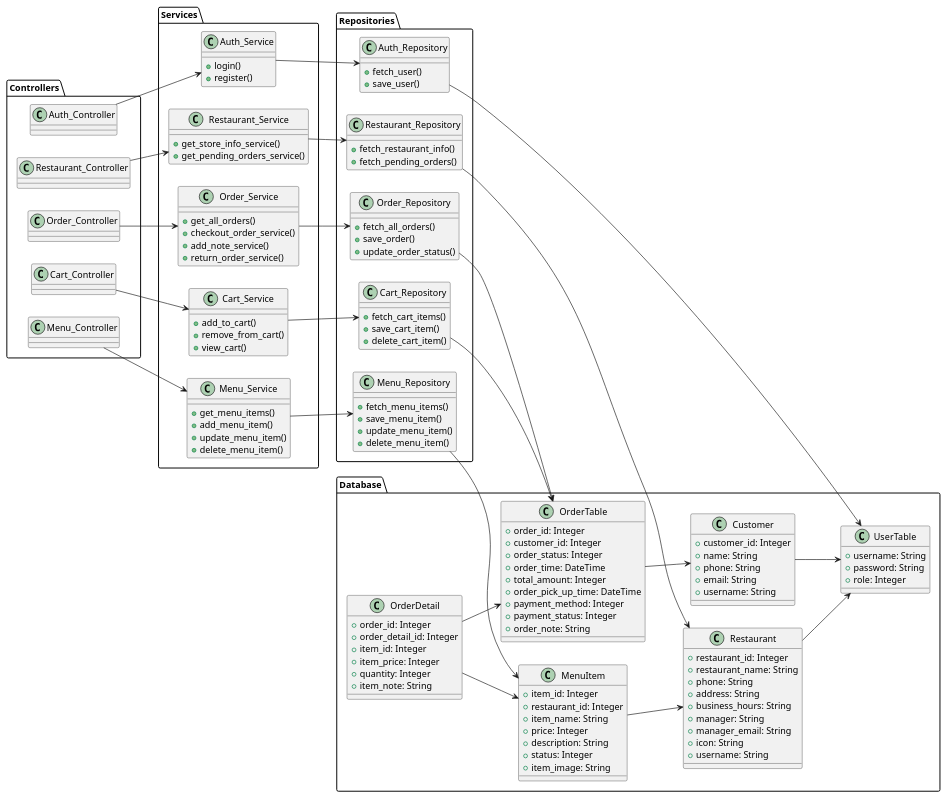
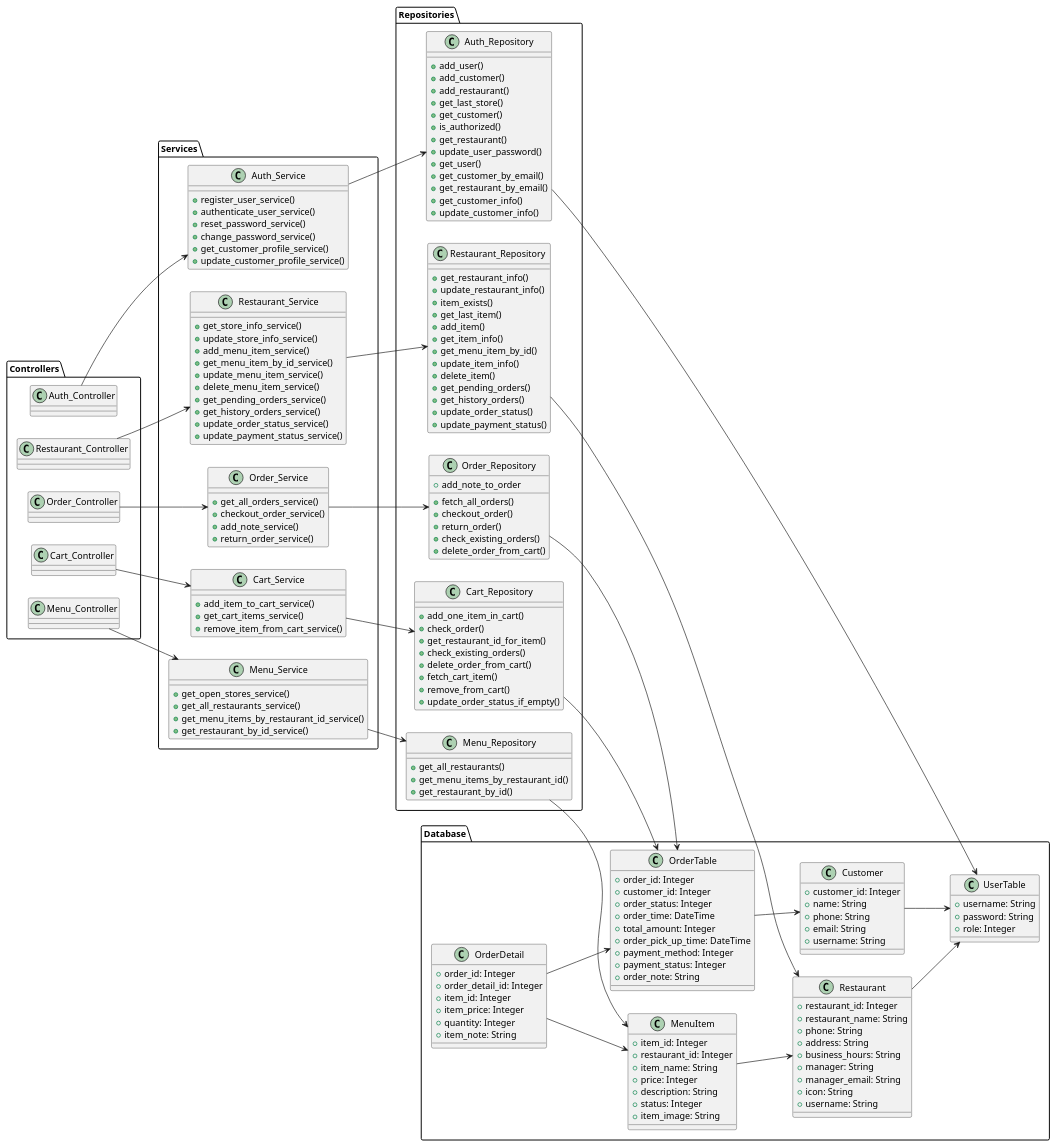
Before and after one commit to kevin0629/NCU_Campus_Eats_Demo: the diagram in diagram/system_class_diagram.puml, drawn with PlantUML. The commit also changed 17 other files, not shown here.

```diff
--- a/diagram/system_class_diagram.puml
+++ b/diagram/system_class_diagram.puml
@@ -2,146 +2,188 @@
 @startuml sys_class_diagram
 left to right direction
 
 package "Controllers" {
     class Auth_Controller
     class Cart_Controller
     class Menu_Controller
     class Order_Controller
     class Restaurant_Controller
 }
 
 package "Services" {
     class Auth_Service {
-        +login()
-        +register()
+        +register_user_service()
+        +authenticate_user_service()
+        +reset_password_service()
+        +change_password_service()
+        +get_customer_profile_service()
+        +update_customer_profile_service()
     }
     class Cart_Service {
-        +add_to_cart()
-        +remove_from_cart()
-        +view_cart()
+        +add_item_to_cart_service()
+        +get_cart_items_service()
+        +remove_item_from_cart_service()
     }
     class Menu_Service {
-        +get_menu_items()
-        +add_menu_item()
-        +update_menu_item()
-        +delete_menu_item()
+        +get_open_stores_service()
+        +get_all_restaurants_service()
+        +get_menu_items_by_restaurant_id_service()
+        +get_restaurant_by_id_service()
     }
     class Order_Service {
-        +get_all_orders()
+        +get_all_orders_service()
         +checkout_order_service()
         +add_note_service()
         +return_order_service()
     }
     class Restaurant_Service {
         +get_store_info_service()
+        +update_store_info_service()
+        +add_menu_item_service()
+        +get_menu_item_by_id_service()
+        +update_menu_item_service()
+        +delete_menu_item_service()
         +get_pending_orders_service()
+        +get_history_orders_service()
+        +update_order_status_service()
+        +update_payment_status_service()
     }
 }
 
 package "Repositories" {
     class Auth_Repository {
-        +fetch_user()
-        +save_user()
+        +add_user()
+        +add_customer()
+        +add_restaurant()
+        +get_last_store()
+        +get_customer()
+        +is_authorized()
+        +get_restaurant()
+        +update_user_password()
+        +get_user()
+        +get_customer_by_email()
+        +get_restaurant_by_email()
+        +get_customer_info()
+        +update_customer_info()
+        
     }
     class Cart_Repository {
-        +fetch_cart_items()
-        +save_cart_item()
-        +delete_cart_item()
+        +add_one_item_in_cart()
+        +check_order()
+        +get_restaurant_id_for_item()
+        +check_existing_orders()
+        +delete_order_from_cart()
+        +fetch_cart_item()
+        +remove_from_cart()
+        +update_order_status_if_empty()
     }
     class Menu_Repository {
-        +fetch_menu_items()
-        +save_menu_item()
-        +update_menu_item()
-        +delete_menu_item()
+        +get_all_restaurants()
+        +get_menu_items_by_restaurant_id()
+        +get_restaurant_by_id()
     }
     class Order_Repository {
         +fetch_all_orders()
-        +save_order()
-        +update_order_status()
+        +checkout_order()
+        +add_note_to_order
+        +return_order()
+        +check_existing_orders()
+        +delete_order_from_cart()
     }
     class Restaurant_Repository {
-        +fetch_restaurant_info()
-        +fetch_pending_orders()
+        +get_restaurant_info()
+        +update_restaurant_info()
+        +item_exists()
+        +get_last_item()
+        +add_item()
+        +get_item_info()
+        +get_menu_item_by_id()
+        +update_item_info()
+        +delete_item()
+        +get_pending_orders()
+        +get_history_orders()
+        +update_order_status()
+        +update_payment_status()
     }
 }
 
 package "Database" {
     class UserTable {
         +username: String
         +password: String
         +role: Integer
     }
     class Customer {
         +customer_id: Integer
         +name: String
         +phone: String
         +email: String
         +username: String
     }
     class Restaurant {
         +restaurant_id: Integer
         +restaurant_name: String
         +phone: String
         +address: String
         +business_hours: String
         +manager: String
         +manager_email: String
         +icon: String
         +username: String
     }
     class MenuItem {
         +item_id: Integer
         +restaurant_id: Integer
         +item_name: String
         +price: Integer
         +description: String
         +status: Integer
         +item_image: String
     }
     class OrderTable {
         +order_id: Integer
         +customer_id: Integer
         +order_status: Integer
         +order_time: DateTime
         +total_amount: Integer
         +order_pick_up_time: DateTime
         +payment_method: Integer
         +payment_status: Integer
         +order_note: String
     }
     class OrderDetail {
         +order_id: Integer
         +order_detail_id: Integer
         +item_id: Integer
         +item_price: Integer
         +quantity: Integer
         +item_note: String
     }
 }
 
 Auth_Controller --> Auth_Service
 Cart_Controller --> Cart_Service
 Menu_Controller --> Menu_Service
 Order_Controller --> Order_Service
 Restaurant_Controller --> Restaurant_Service
 
 Auth_Service --> Auth_Repository
 Cart_Service --> Cart_Repository
 Menu_Service --> Menu_Repository
 Order_Service --> Order_Repository
 Restaurant_Service --> Restaurant_Repository
 
 Auth_Repository --> UserTable
 Cart_Repository --> OrderTable
 Menu_Repository --> MenuItem
 Order_Repository --> OrderTable
 Restaurant_Repository --> Restaurant
 
 Customer --> UserTable
 Restaurant --> UserTable
 MenuItem --> Restaurant
 OrderTable --> Customer
 OrderDetail --> OrderTable
 OrderDetail --> MenuItem
 
 @enduml
```
